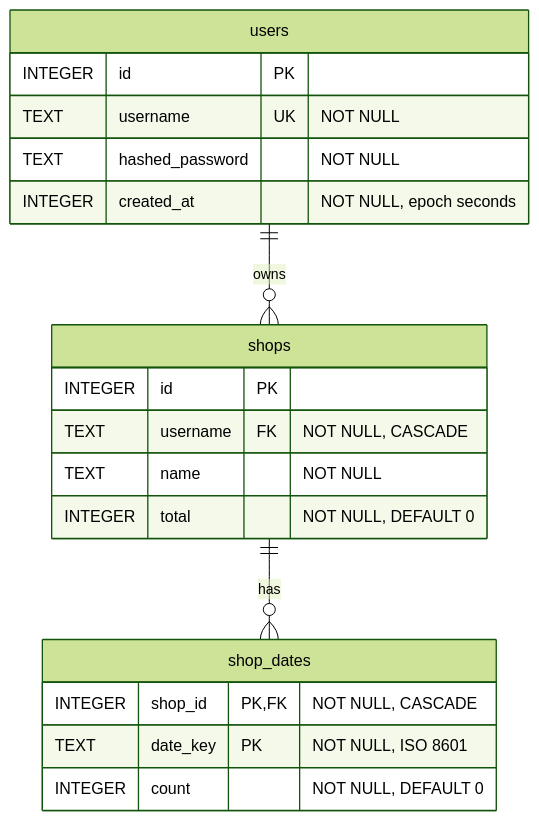
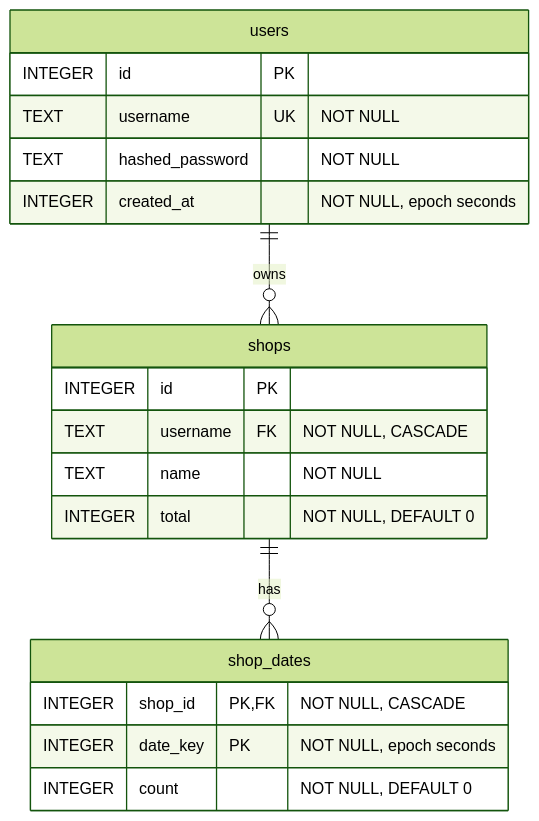
The diagram in schema.mmd (Tom-the-Bomb/boba-log), drawn with Mermaid (forest theme) before and after one commit. The commit also changed 4 other files, not shown here.

Commit message:
use new schema

```diff
--- a/schema.mmd
+++ b/schema.mmd
@@ -1,23 +1,23 @@
 erDiagram
   users ||--o{ shops : "owns"
   shops ||--o{ shop_dates : "has"
 
   users {
     INTEGER id PK
     TEXT username UK "NOT NULL"
     TEXT hashed_password "NOT NULL"
     INTEGER created_at "NOT NULL, epoch seconds"
   }
 
   shops {
     INTEGER id PK
     TEXT username FK "NOT NULL, CASCADE"
     TEXT name "NOT NULL"
     INTEGER total "NOT NULL, DEFAULT 0"
   }
 
   shop_dates {
     INTEGER shop_id PK,FK "NOT NULL, CASCADE"
-    TEXT date_key PK "NOT NULL, ISO 8601"
+    INTEGER date_key PK "NOT NULL, epoch seconds"
     INTEGER count "NOT NULL, DEFAULT 0"
   }
```
